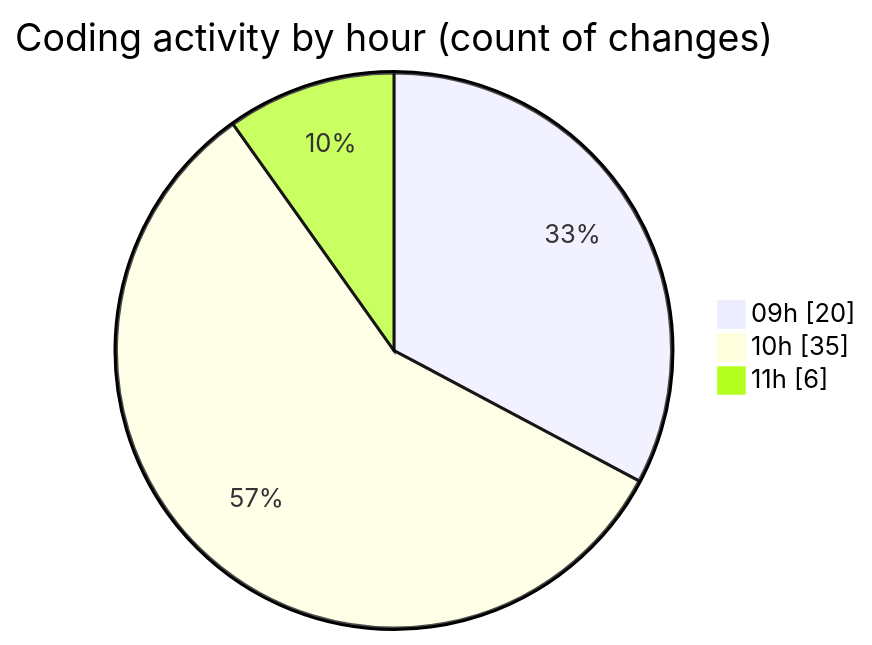
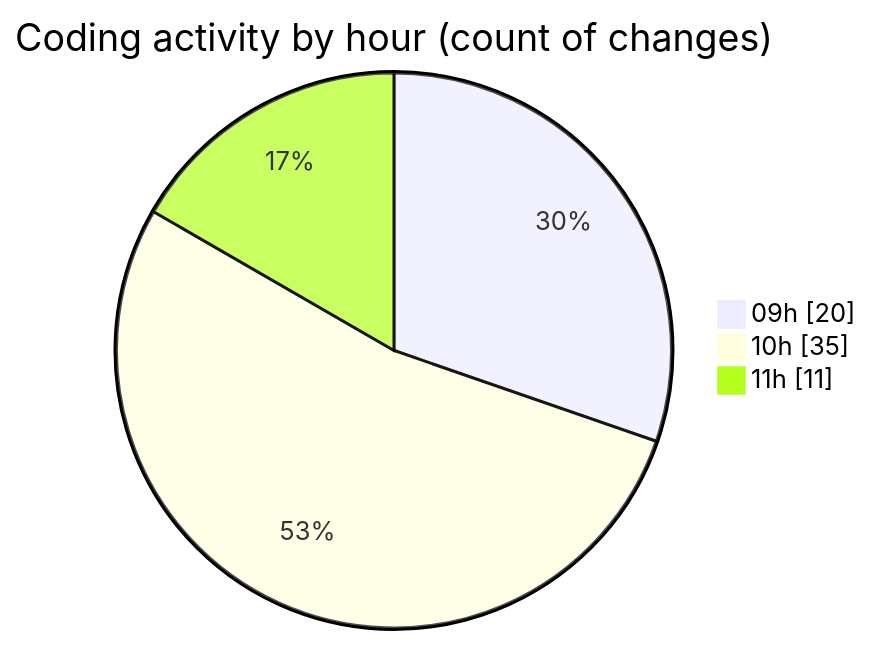
Before and after one commit to CELIANVF/code-tracking: the second of 2 diagrams in 2025-06-10/ecodeli-1/README.md, drawn with Mermaid. The commit also changed other lines of this file and 1 other file, not shown here.

````diff
--- a/2025-06-10/ecodeli-1/README.md
+++ b/2025-06-10/ecodeli-1/README.md
@@ -56,7 +58,7 @@
 ```mermaid
 pie showData
 title Coding activity by hour (count of changes)
 "09h" : 20
 "10h" : 35
-"11h" : 6
+"11h" : 11
 ```
````
